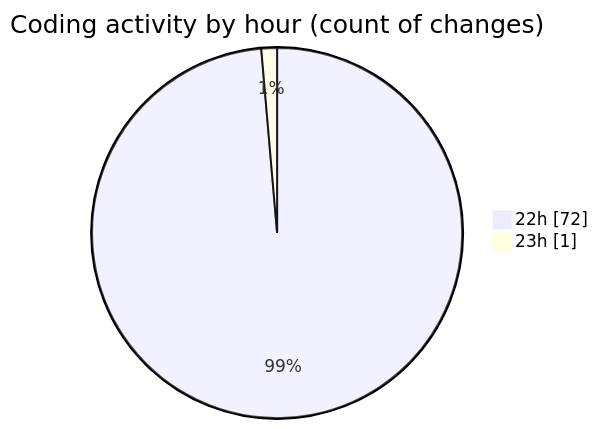
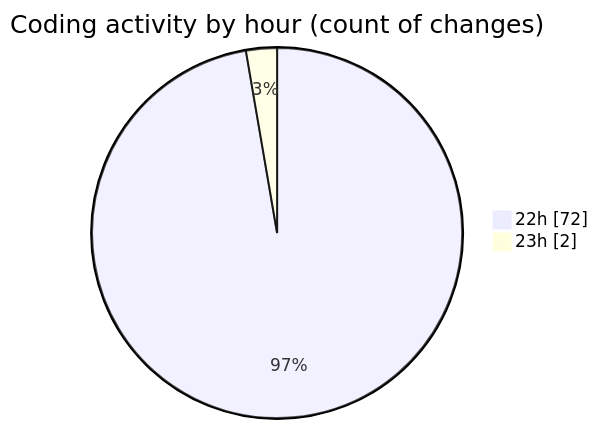
One commit to Ritupan-Deka/code-tracking changed the second of 2 diagrams in 2025-07-28/javascript/README.md. Above: the diagram before and after it, drawn with Mermaid. The commit also changed other lines of this file and 1 other file, not shown here.

````diff
--- a/2025-07-28/javascript/README.md
+++ b/2025-07-28/javascript/README.md
@@ -28,6 +28,6 @@
 ```mermaid
 pie showData
 title Coding activity by hour (count of changes)
 "22h" : 72
-"23h" : 1
+"23h" : 2
 ```
````
